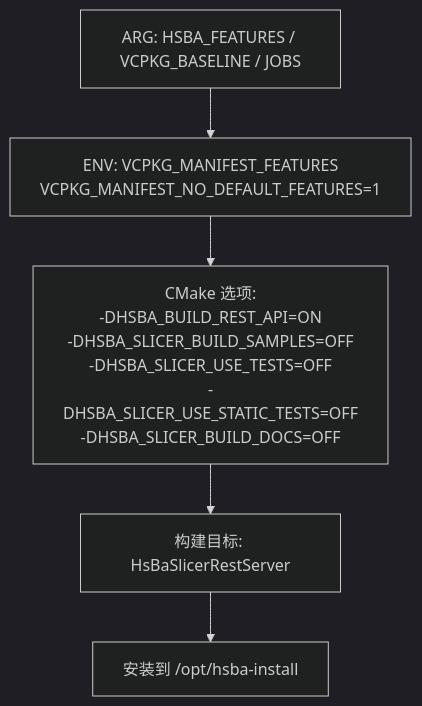
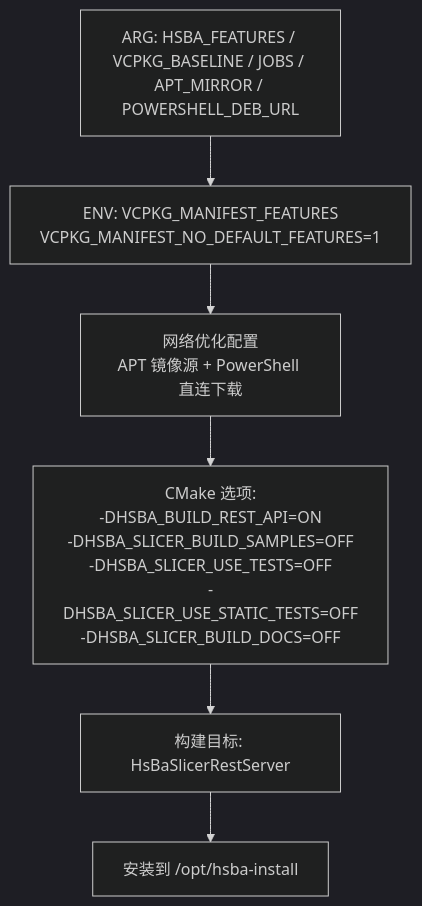
One commit to hsmbanlance/HsBaSlicer changed the second of 5 diagrams in .qoder/repowiki/zh/content/部署故障排除与FAQ/Docker容器化部署.md. Above: the diagram before and after it, drawn with Mermaid (dark theme). The commit also changed other lines of this file and 66 other files, not shown here.

````diff
--- a/.qoder/repowiki/zh/content/部署故障排除与FAQ/Docker容器化部署.md
+++ b/.qoder/repowiki/zh/content/部署故障排除与FAQ/Docker容器化部署.md
@@ -79,7 +95,8 @@
 ```mermaid
 flowchart TD
-Args["ARG: HSBA_FEATURES / VCPKG_BASELINE / JOBS"] --> EnvVars["ENV: VCPKG_MANIFEST_FEATURES<br/>VCPKG_MANIFEST_NO_DEFAULT_FEATURES=1"]
-EnvVars --> CMakeOptions["CMake 选项:<br/>-DHSBA_BUILD_REST_API=ON<br/>-DHSBA_SLICER_BUILD_SAMPLES=OFF<br/>-DHSBA_SLICER_USE_TESTS=OFF<br/>-DHSBA_SLICER_USE_STATIC_TESTS=OFF<br/>-DHSBA_SLICER_BUILD_DOCS=OFF"]
+Args["ARG: HSBA_FEATURES / VCPKG_BASELINE / JOBS / APT_MIRROR / POWERSHELL_DEB_URL"] --> EnvVars["ENV: VCPKG_MANIFEST_FEATURES<br/>VCPKG_MANIFEST_NO_DEFAULT_FEATURES=1"]
+EnvVars --> NetworkOpt["网络优化配置<br/>APT 镜像源 + PowerShell 直连下载"]
+NetworkOpt --> CMakeOptions["CMake 选项:<br/>-DHSBA_BUILD_REST_API=ON<br/>-DHSBA_SLICER_BUILD_SAMPLES=OFF<br/>-DHSBA_SLICER_USE_TESTS=OFF<br/>-DHSBA_SLICER_USE_STATIC_TESTS=OFF<br/>-DHSBA_SLICER_BUILD_DOCS=OFF"]
 CMakeOptions --> Target["构建目标: HsBaSlicerRestServer"]
 Target --> Install["安装到 /opt/hsba-install"]
 ```
````
